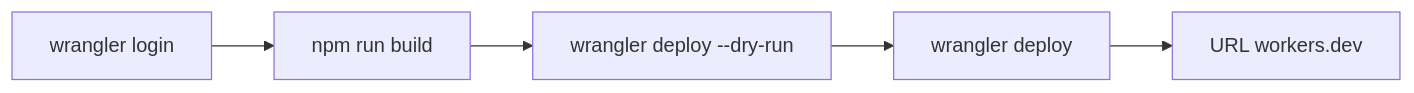
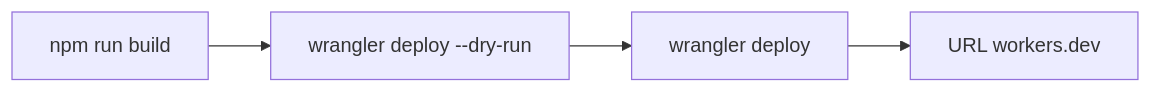
The diagram in context/deployment/deploy-plan.md (sigamateusz/behawiorysta), drawn with Mermaid before and after one commit. The commit also changed other lines of this file and 1 other file, not shown here.

````diff
--- a/context/deployment/deploy-plan.md
+++ b/context/deployment/deploy-plan.md
@@ -7,9 +12,8 @@
 ```mermaid
 flowchart LR
-  login[wrangler login]
   build[npm run build]
   dry[wrangler deploy --dry-run]
   deploy[wrangler deploy]
   check[URL workers.dev]
-  login --> build --> dry --> deploy --> check
+  build --> dry --> deploy --> check
 ```
````
